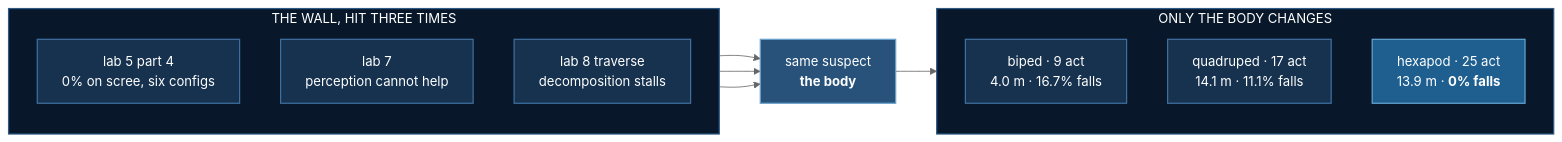
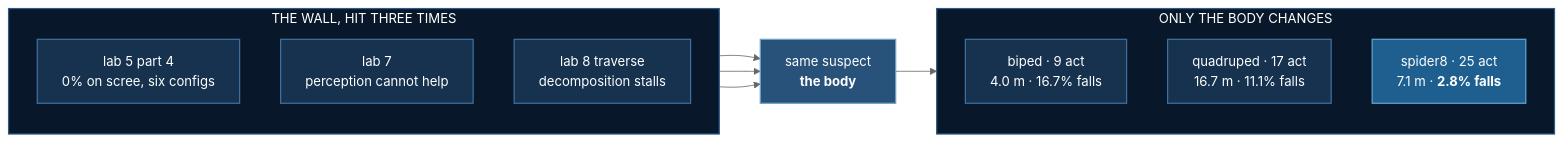
Before and after one commit to yiqiao-yin/deepspeed-course: the diagram in docusaurus-docs/docs/tutorials/physical/long-traverse.md, drawn with Mermaid (neutral theme). The commit also changed other lines of this file and 4 other files, not shown here.

````diff
--- a/docusaurus-docs/docs/tutorials/physical/long-traverse.md
+++ b/docusaurus-docs/docs/tutorials/physical/long-traverse.md
@@ -118,31 +121,31 @@
 ```mermaid
 flowchart LR
   subgraph W["THE WALL, HIT THREE TIMES"]
     direction TB
     w1["lab 5 part 4<br/>0% on scree, six configs"]
     w2["lab 7<br/>perception cannot help"]
     w3["lab 8 traverse<br/>decomposition stalls"]
   end
   B["same suspect<br/><b>the body</b>"]
   subgraph R["ONLY THE BODY CHANGES"]
     direction TB
     r1["biped · 9 act<br/>4.0 m · 16.7% falls"]
-    r2["quadruped · 17 act<br/>14.1 m · 11.1% falls"]
-    r3["hexapod · 25 act<br/>13.9 m · <b>0% falls</b>"]
+    r2["quadruped · 17 act<br/>16.7 m · 11.1% falls"]
+    r3["spider8 · 25 act<br/>7.1 m · <b>2.8% falls</b>"]
   end
   w1 --> B
   w2 --> B
   w3 --> B
   B --> R
 
   classDef deep   fill:#08182a,stroke:#2d5a86,stroke-width:1.5px,color:#ffffff
   classDef dark   fill:#0a1f33,stroke:#2d5a86,stroke-width:1.5px,color:#ffffff
   classDef base   fill:#16324f,stroke:#3f6f9f,stroke-width:1.5px,color:#ffffff
   classDef bright fill:#1e5f8f,stroke:#63a3d0,stroke-width:1.5px,color:#ffffff
   classDef steel  fill:#28527a,stroke:#6aa2cd,stroke-width:1.5px,color:#ffffff
 
   class W,R deep
   class w1,w2,w3,r1,r2 base
   class B steel
   class r3 bright
 ```
````
